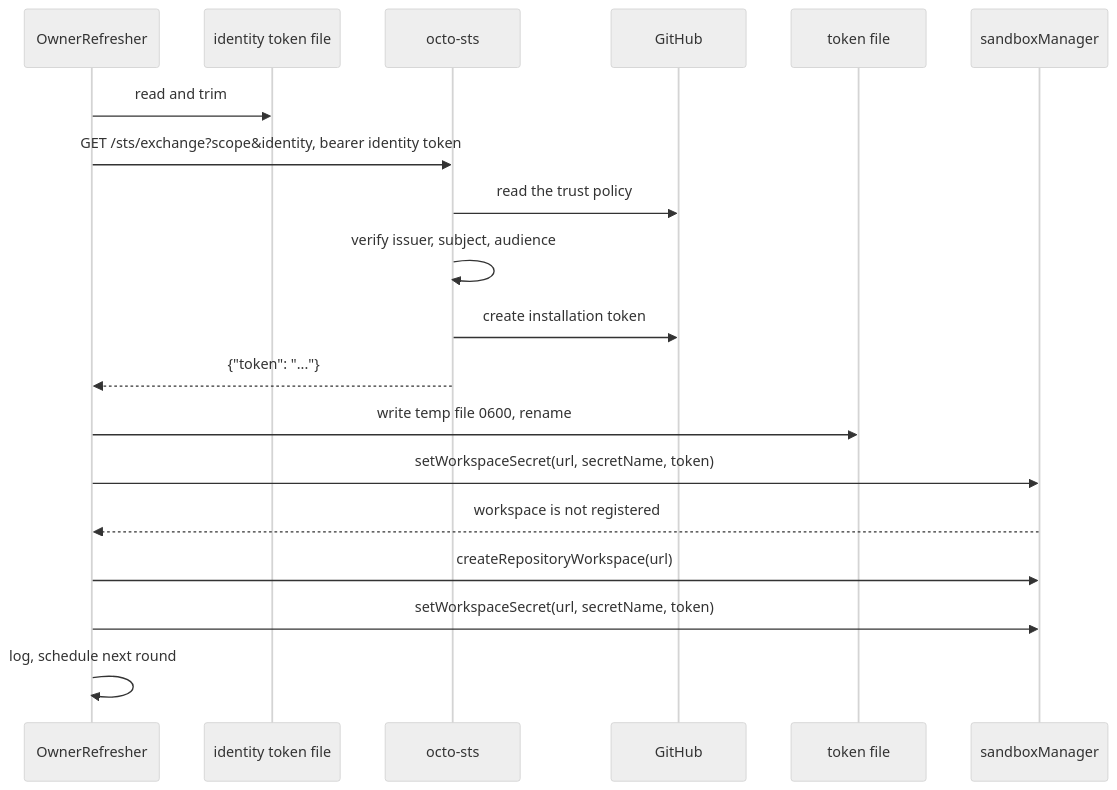
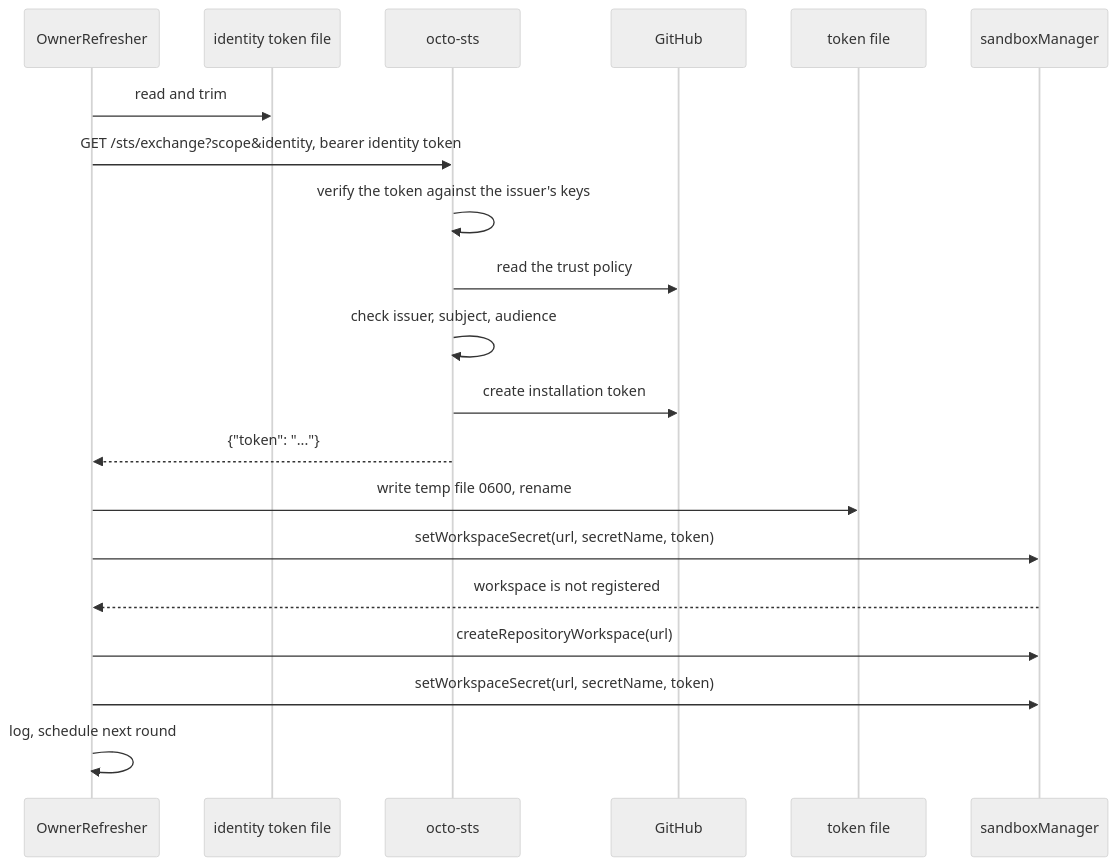
The third of 3 diagrams in docs/architecture.md (lkshrk/dsh-octo-sts), drawn with Mermaid (neutral theme) before and after one commit. The commit also changed other lines of this file and 3 other files, not shown here.

````diff
--- a/docs/architecture.md
+++ b/docs/architecture.md
@@ -64,22 +64,23 @@
 ```mermaid
 sequenceDiagram
   participant R as OwnerRefresher
   participant F as identity token file
   participant S as octo-sts
   participant G as GitHub
   participant T as token file
   participant M as sandboxManager
 
   R->>F: read and trim
   R->>S: GET /sts/exchange?scope&identity, bearer identity token
+  S->>S: verify the token against the issuer's keys
   S->>G: read the trust policy
-  S->>S: verify issuer, subject, audience
+  S->>S: check issuer, subject, audience
   S->>G: create installation token
   S-->>R: {"token": "..."}
   R->>T: write temp file 0600, rename
   R->>M: setWorkspaceSecret(url, secretName, token)
   M-->>R: workspace is not registered
   R->>M: createRepositoryWorkspace(url)
   R->>M: setWorkspaceSecret(url, secretName, token)
   R->>R: log, schedule next round
 ```
````
